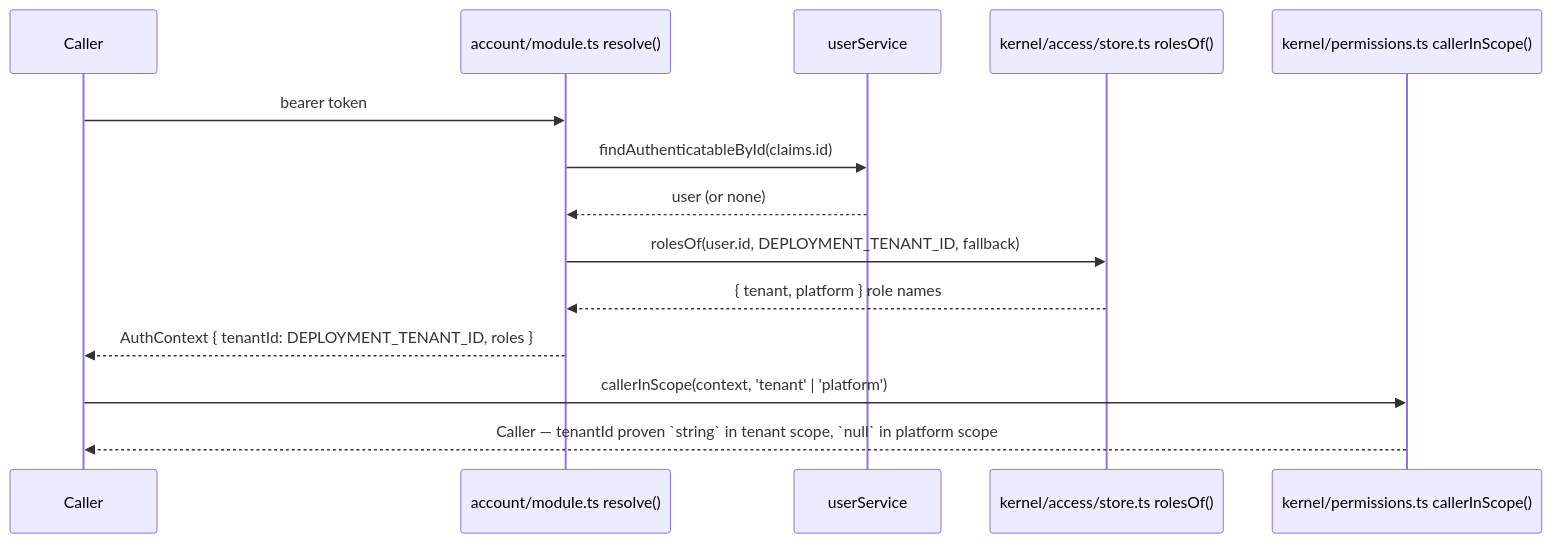
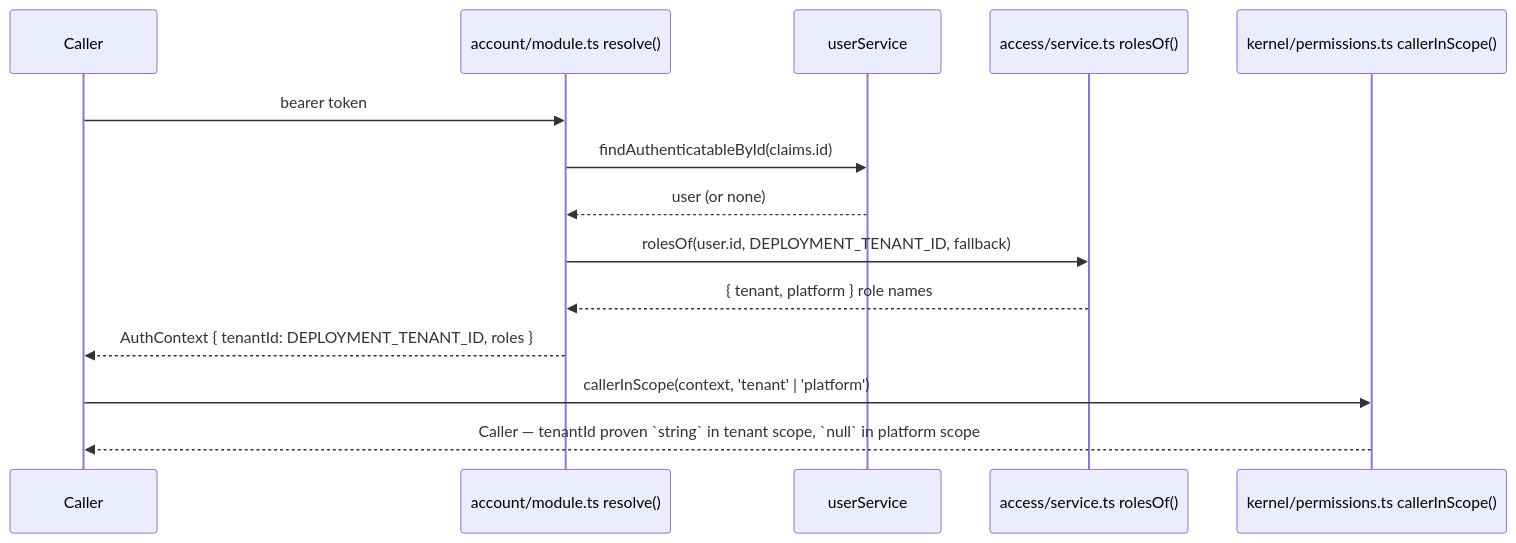
Before and after one commit to Guebbit/boilerplate-node-backend: the third of 3 diagrams in docs/theory/tenancy.md, drawn with Mermaid. The commit also changed other lines of this file and 51 other files, not shown here.

````diff
--- a/docs/theory/tenancy.md
+++ b/docs/theory/tenancy.md
@@ -109,17 +109,17 @@
 ```mermaid
 sequenceDiagram
     participant C as Caller
     participant R as account/module.ts resolve()
     participant U as userService
-    participant S as kernel/access/store.ts rolesOf()
+    participant S as access/service.ts rolesOf()
     participant P as kernel/permissions.ts callerInScope()
 
     C->>R: bearer token
     R->>U: findAuthenticatableById(claims.id)
     U-->>R: user (or none)
     R->>S: rolesOf(user.id, DEPLOYMENT_TENANT_ID, fallback)
     S-->>R: { tenant, platform } role names
     R-->>C: AuthContext { tenantId: DEPLOYMENT_TENANT_ID, roles }
     C->>P: callerInScope(context, 'tenant' | 'platform')
     P-->>C: Caller — tenantId proven `string` in tenant scope, `null` in platform scope
 ```
````
